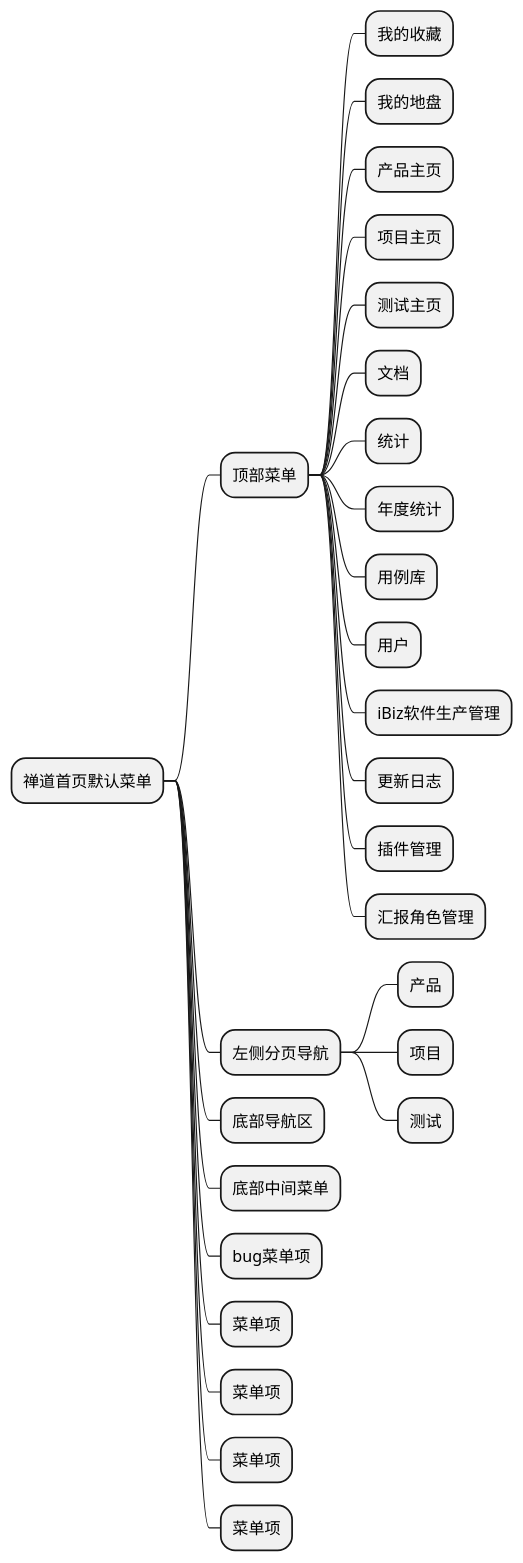
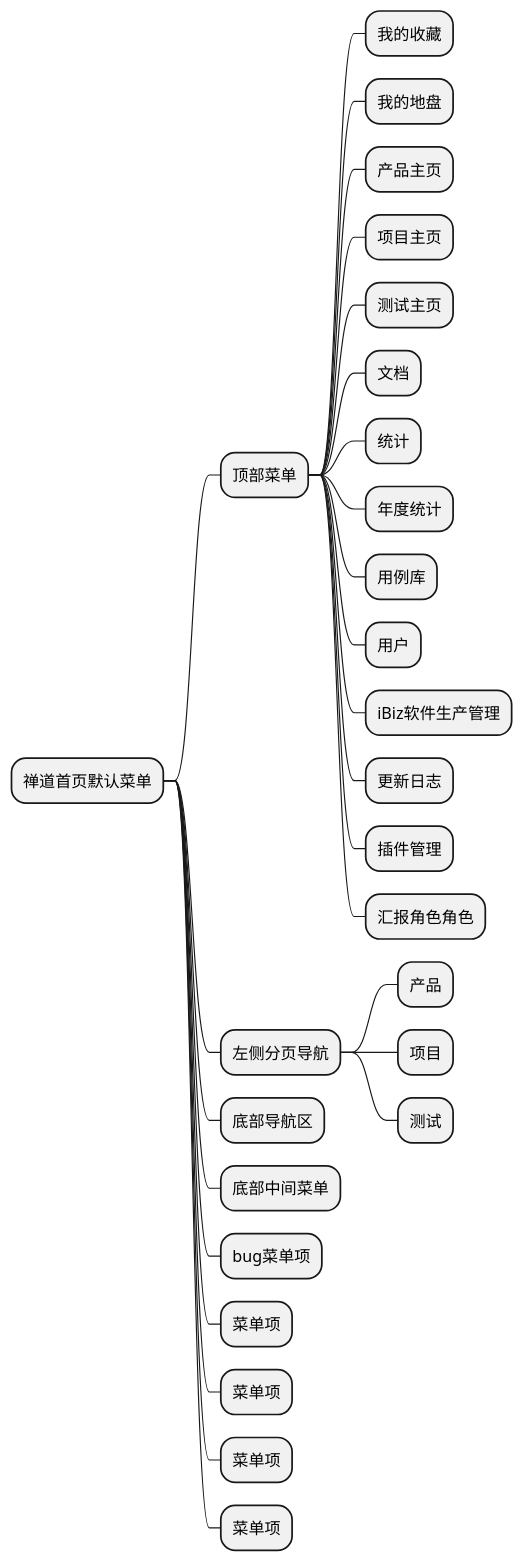
One commit to zj335841911/nt_chandao changed the diagram in ibizpms-docs/src/main/doc/v1/app/web/zentao.md. Above: the diagram before and after it, drawn with PlantUML. The commit also changed other lines of this file and 21 other files, not shown here.

```diff
--- a/ibizpms-docs/src/main/doc/v1/app/web/zentao.md
+++ b/ibizpms-docs/src/main/doc/v1/app/web/zentao.md
@@ -5,31 +5,31 @@
 {% plantuml %}
 @startmindmap
 * 禅道首页默认菜单
 ** 顶部菜单
 *** 我的收藏
 *** 我的地盘
 *** 产品主页
 *** 项目主页
 *** 测试主页
 *** 文档
 *** 统计
 *** 年度统计
 *** 用例库
 *** 用户
 *** iBiz软件生产管理
 *** 更新日志
 *** 插件管理
-*** 汇报角色管理
+*** 汇报角色角色
 ** 左侧分页导航
 *** 产品
 *** 项目
 *** 测试
 ** 底部导航区
 ** 底部中间菜单
 ** bug菜单项
 ** 菜单项
 ** 菜单项
 ** 菜单项
 ** 菜单项
 @endmindmap
 {% endplantuml %}
```
